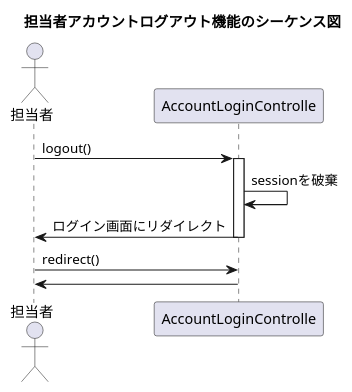
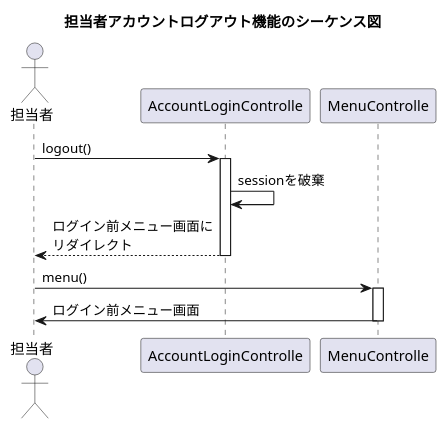
The diagram in plan/uml/sequence/uc018.plantuml (kanavii3333/ec-b), drawn with PlantUML before and after one commit. The commit also changed 1 other file, not shown here.

```diff
--- a/plan/uml/sequence/uc018.plantuml
+++ b/plan/uml/sequence/uc018.plantuml
@@ -1,12 +1,13 @@
 @startuml
 
 title 担当者アカウントログアウト機能のシーケンス図
 actor "担当者" as user
 participant "AccountLoginControlle" as controller
+participant "MenuControlle" as controller1
 user -> controller++:logout()
 controller -> controller:sessionを破棄
-controller -> user--:ログイン画面にリダイレクト
-user -> controller:redirect()
-controller -> user:
+controller --> user--:ログイン前メニュー画面に\nリダイレクト
+user -> controller1++:menu()
+controller1 -> user--:ログイン前メニュー画面
 
 @enduml
```
